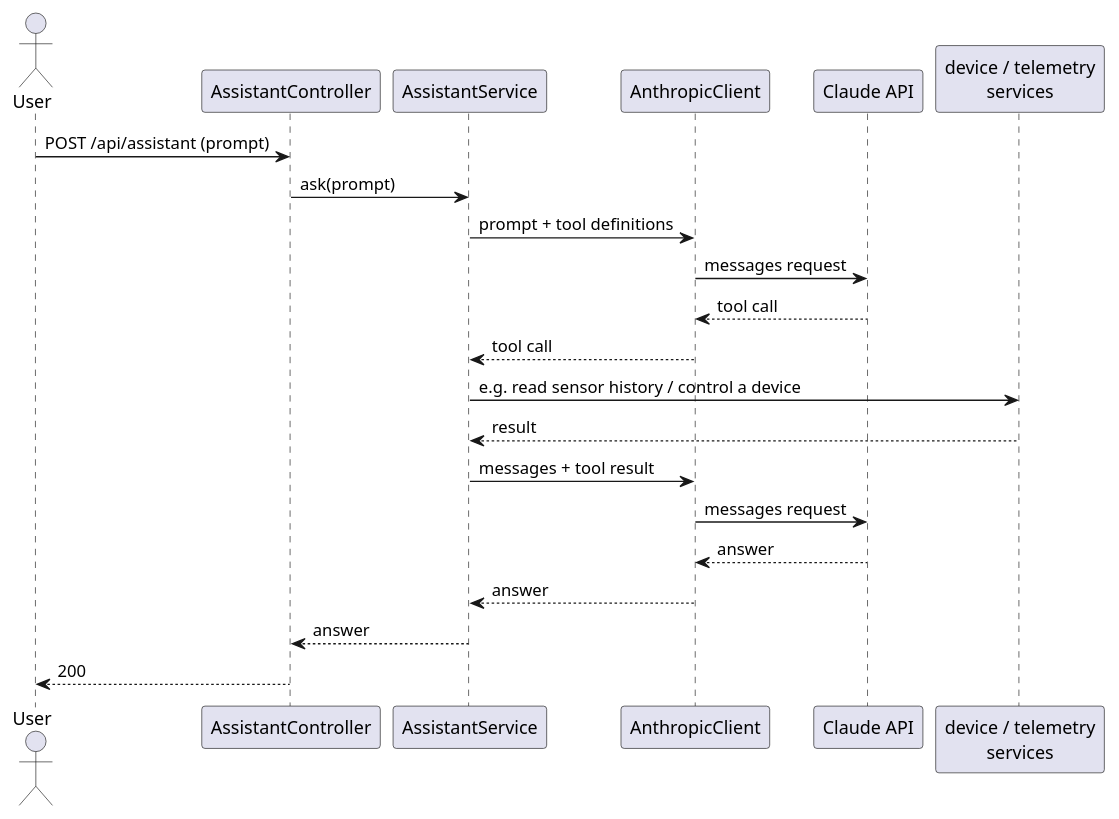
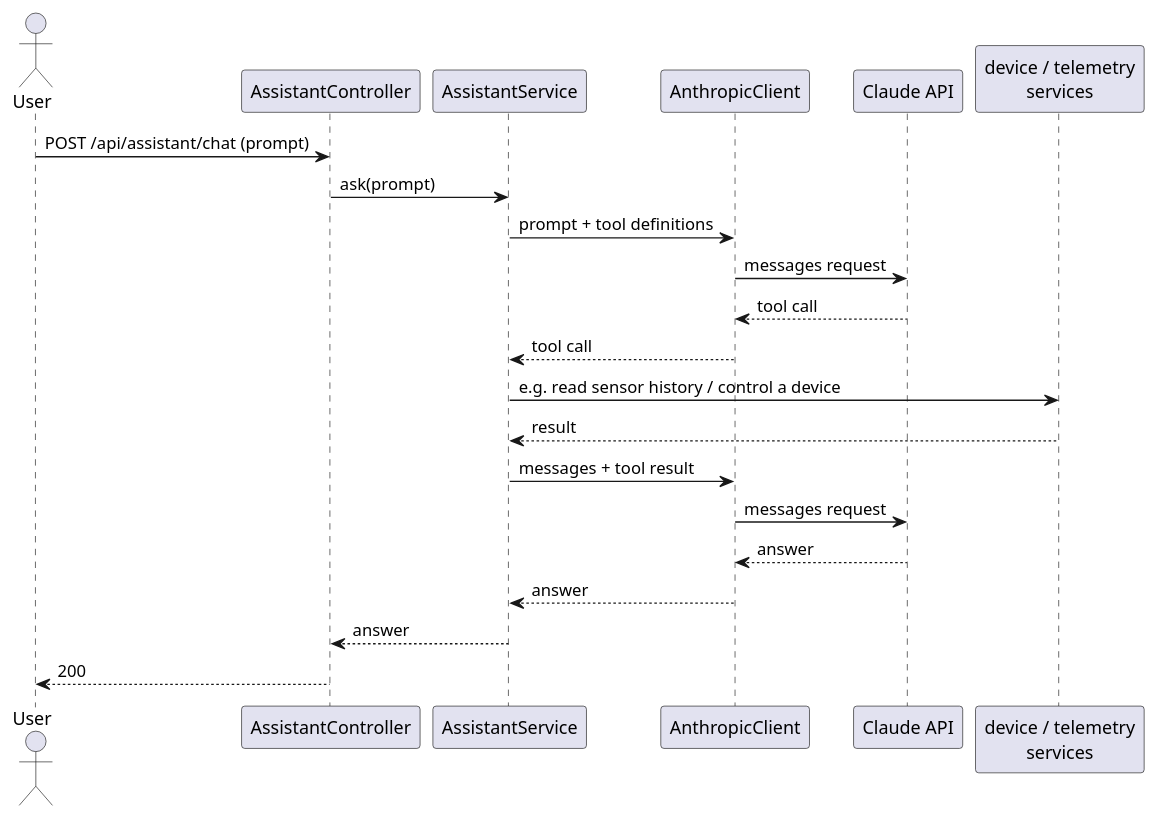
Before and after one commit to FelixGeisler/SmartHome: the third of 3 diagrams in docs/modules/ROOT/pages/06-runtime-view.adoc, drawn with PlantUML.

Commit message:
Potential fix for pull request finding

```diff
--- a/docs/modules/ROOT/pages/06-runtime-view.adoc
+++ b/docs/modules/ROOT/pages/06-runtime-view.adoc
@@ -73,26 +73,26 @@
 [plantuml,assistant-sequence,svg]
 ----
 @startuml
 actor User
 participant AssistantController as C
 participant AssistantService as S
 participant AnthropicClient as AI
 participant "Claude API" as Claude
 participant "device / telemetry\nservices" as Tools
 
-User -> C : POST /api/assistant (prompt)
+User -> C : POST /api/assistant/chat (prompt)
 C -> S : ask(prompt)
 S -> AI : prompt + tool definitions
 AI -> Claude : messages request
 Claude --> AI : tool call
 AI --> S : tool call
 S -> Tools : e.g. read sensor history / control a device
 Tools --> S : result
 S -> AI : messages + tool result
 AI -> Claude : messages request
 Claude --> AI : answer
 AI --> S : answer
 S --> C : answer
 C --> User : 200
 @enduml
 ----
```
